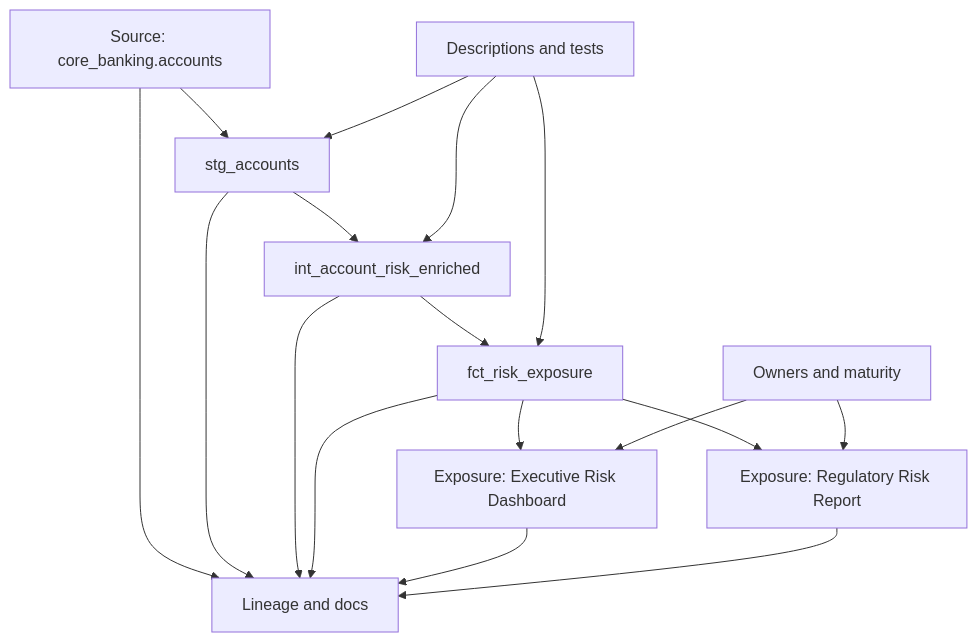
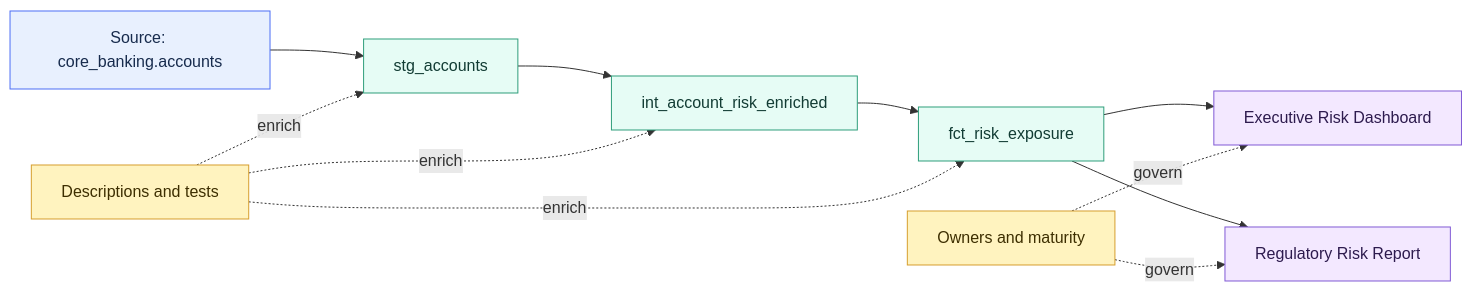
The diagram in 02 dbt/01 Core Concepts and Project Structure/10 Documentation Lineage and Exposures.md (shonningsoy/Upskill), drawn with Mermaid before and after one commit. The commit also changed other lines of this file and 10 other files, not shown here.

````diff
--- a/02 dbt/01 Core Concepts and Project Structure/10 Documentation Lineage and Exposures.md
+++ b/02 dbt/01 Core Concepts and Project Structure/10 Documentation Lineage and Exposures.md
@@ -76,22 +77,25 @@
 ```mermaid
-flowchart TD
+flowchart LR
     A[Source: core_banking.accounts] --> B[stg_accounts]
     B --> C[int_account_risk_enriched]
     C --> D[fct_risk_exposure]
+    D --> E[Executive Risk Dashboard]
+    D --> F[Regulatory Risk Report]
 
-    D --> E[Exposure: Executive Risk Dashboard]
-    D --> F[Exposure: Regulatory Risk Report]
+    G[Descriptions and tests] -. enrich .-> B
+    G -. enrich .-> C
+    G -. enrich .-> D
+    H[Owners and maturity] -. govern .-> E
+    H -. govern .-> F
 
-    G[Descriptions and tests] --> B
-    G --> C
-    G --> D
-    H[Owners and maturity] --> E
-    H --> F
+    classDef input fill:#E8F0FE,stroke:#4C6EF5,color:#172B4D
+    classDef control fill:#FFF3BF,stroke:#D69E2E,color:#3D2E00
+    classDef dbt fill:#E6FCF5,stroke:#2F9E7B,color:#123C34
+    classDef platform fill:#F1F3F5,stroke:#868E96,color:#212529
+    classDef output fill:#F3E8FF,stroke:#805AD5,color:#2D1B4E
 
-    A --> I[Lineage and docs]
-    B --> I
-    C --> I
-    D --> I
-    E --> I
-    F --> I
+    class A input
+    class B,C,D dbt
+    class E,F output
+    class G,H control
 ```
````
